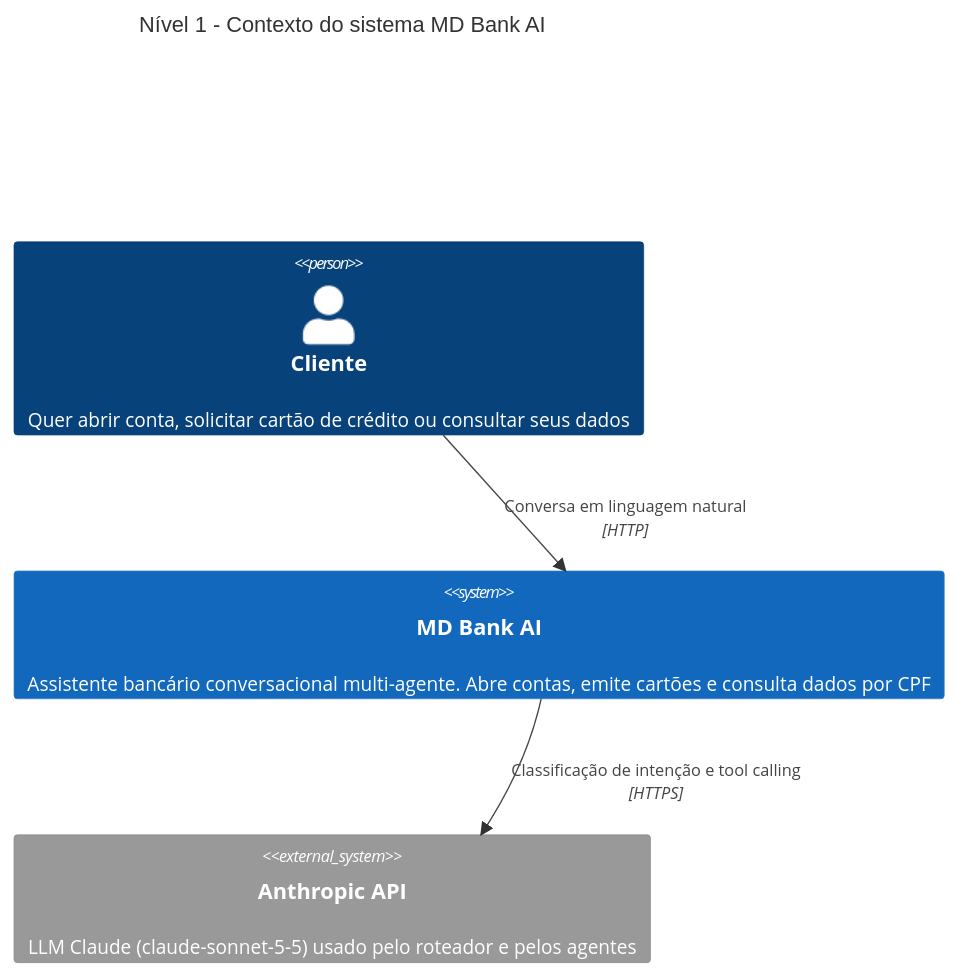
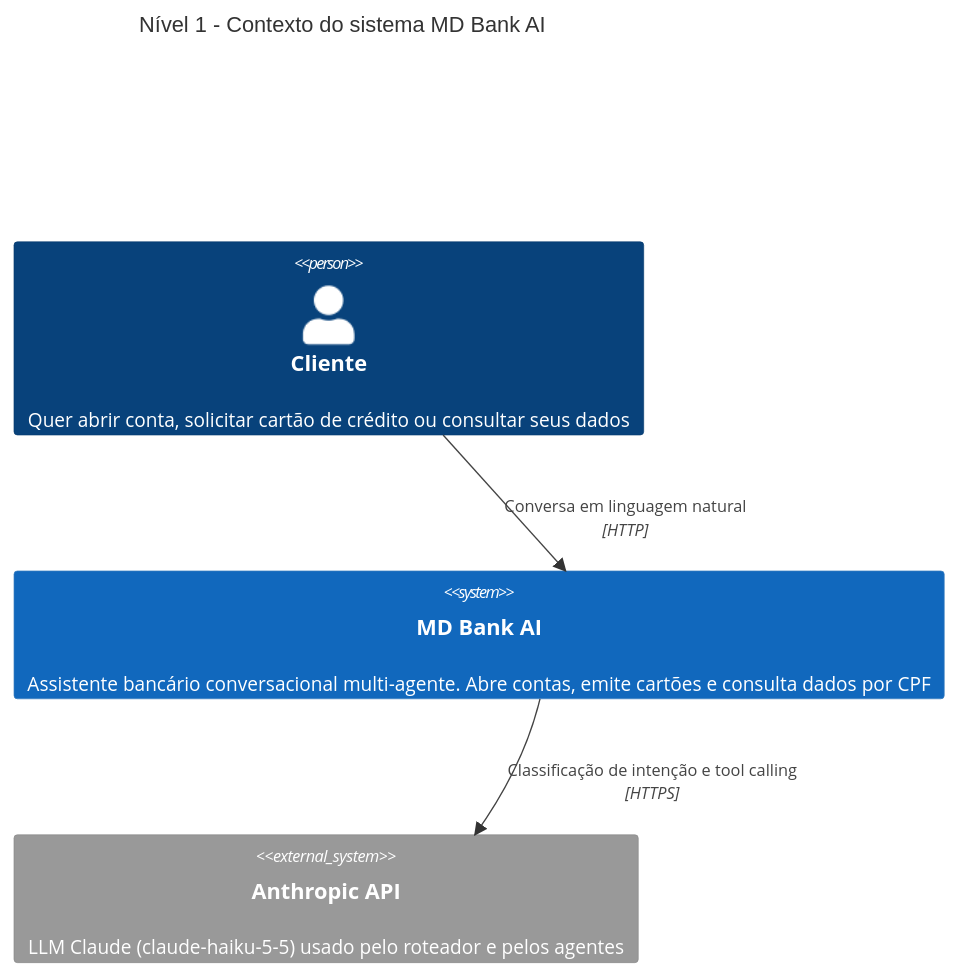
Before and after one commit to eltonmesquita87/poc-bank-conversacional: the first of 3 diagrams in docs/arquitetura.md, drawn with Mermaid. The commit also changed other lines of this file and 9 other files, not shown here.

````diff
--- a/docs/arquitetura.md
+++ b/docs/arquitetura.md
@@ -38,13 +38,13 @@
 ```mermaid
 C4Context
     title Nível 1 - Contexto do sistema MD Bank AI
 
     Person(cliente, "Cliente", "Quer abrir conta, solicitar cartão de crédito ou consultar seus dados")
 
     System(mdbank, "MD Bank AI", "Assistente bancário conversacional multi-agente. Abre contas, emite cartões e consulta dados por CPF")
 
-    System_Ext(openai, "Anthropic API", "LLM Claude (claude-sonnet-5-5) usado pelo roteador e pelos agentes")
+    System_Ext(openai, "Anthropic API", "LLM Claude (claude-haiku-5-5) usado pelo roteador e pelos agentes")
 
     Rel(cliente, mdbank, "Conversa em linguagem natural", "HTTP")
     Rel(mdbank, openai, "Classificação de intenção e tool calling", "HTTPS")
 ```
````
